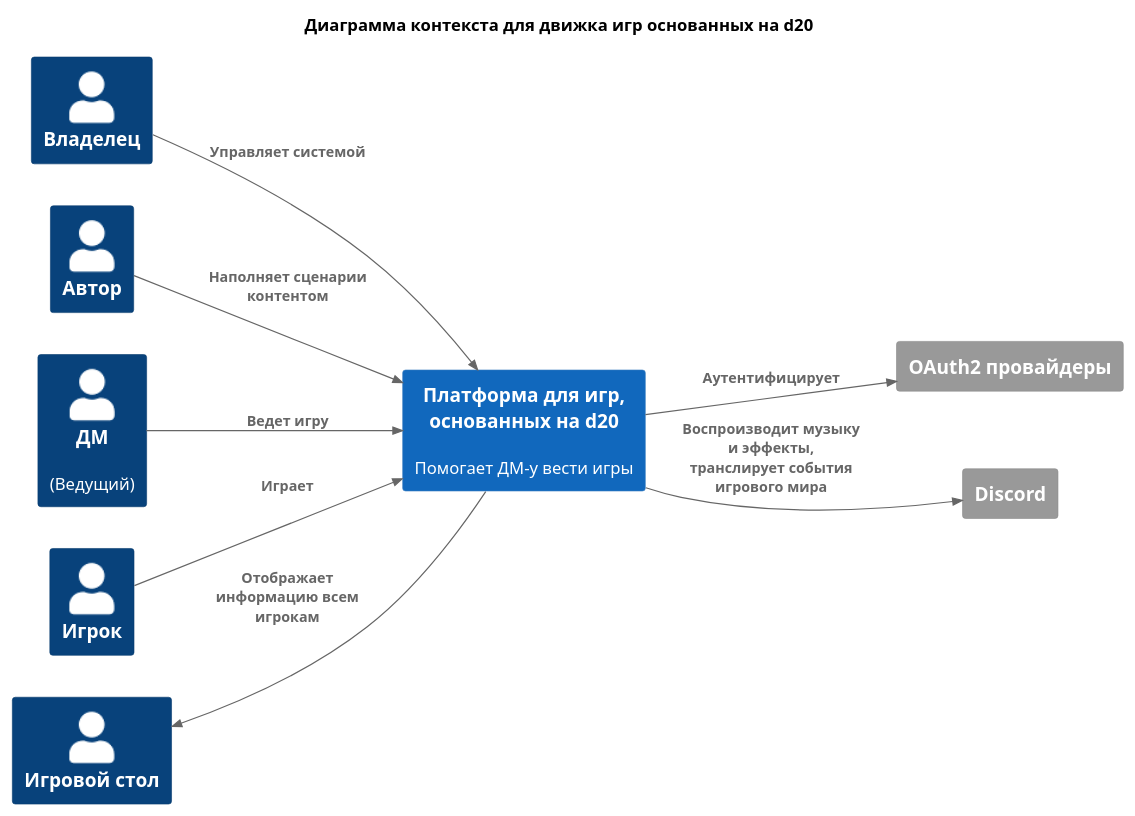
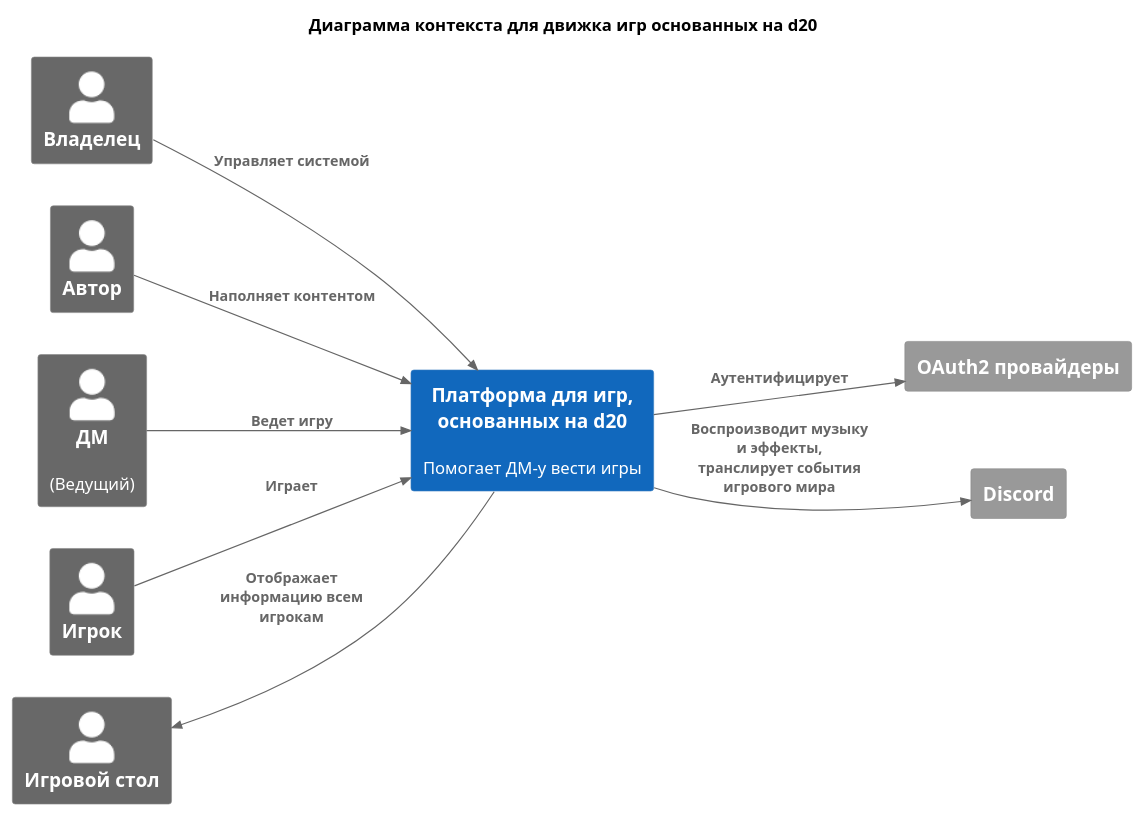
The diagram in chart/C4_1_context.puml (butakovmv/d20e_arch), drawn with PlantUML before and after one commit. The commit also changed 51 other files, not shown here.

Commit message:
Диаграмма контейнеров

```diff
--- a/chart/C4_1_context.puml
+++ b/chart/C4_1_context.puml
@@ -1,27 +1,27 @@
 @startuml
 !include  https://raw.githubusercontent.com/plantuml-stdlib/C4-PlantUML/master/C4_Context.puml
 
 title Диаграмма контекста для движка игр основанных на d20
 HIDE_STEREOTYPE()
 LAYOUT_LEFT_RIGHT()
 
-Person(owner, "Владелец", "")
-Person(cm, "Автор", "")
-Person(dm, "ДМ", "(Ведущий)")
-Person(player, "Игрок", "")
-Person(table, "Игровой стол", "")
+Person_Ext(owner, "Владелец", "")
+Person_Ext(cm, "Автор", "")
+Person_Ext(dm, "ДМ", "(Ведущий)")
+Person_Ext(player, "Игрок", "")
+Person_Ext(table, "Игровой стол", "")
 
 System(d20platform, "Платформа для игр, основанных на d20", "Помогает ДМ-у вести игры")
 
 System_Ext(oauth, "OAuth2 провайдеры", "")
 System_Ext(discord, "Discord", "")
 
 Rel(owner, d20platform, "Управляет системой")
-Rel(cm, d20platform, "Наполняет сценарии контентом")
+Rel(cm, d20platform, "Наполняет контентом")
 Rel(dm, d20platform, "Ведет игру")
 Rel(player, d20platform, "Играет")
 Rel_Back(table, d20platform, "Отображает информацию всем игрокам")
 
 Rel(d20platform, oauth, "Аутентифицирует")
 Rel(d20platform, discord, "Воспроизводит музыку и эффекты, транслирует события игрового мира")
 @enduml
```
